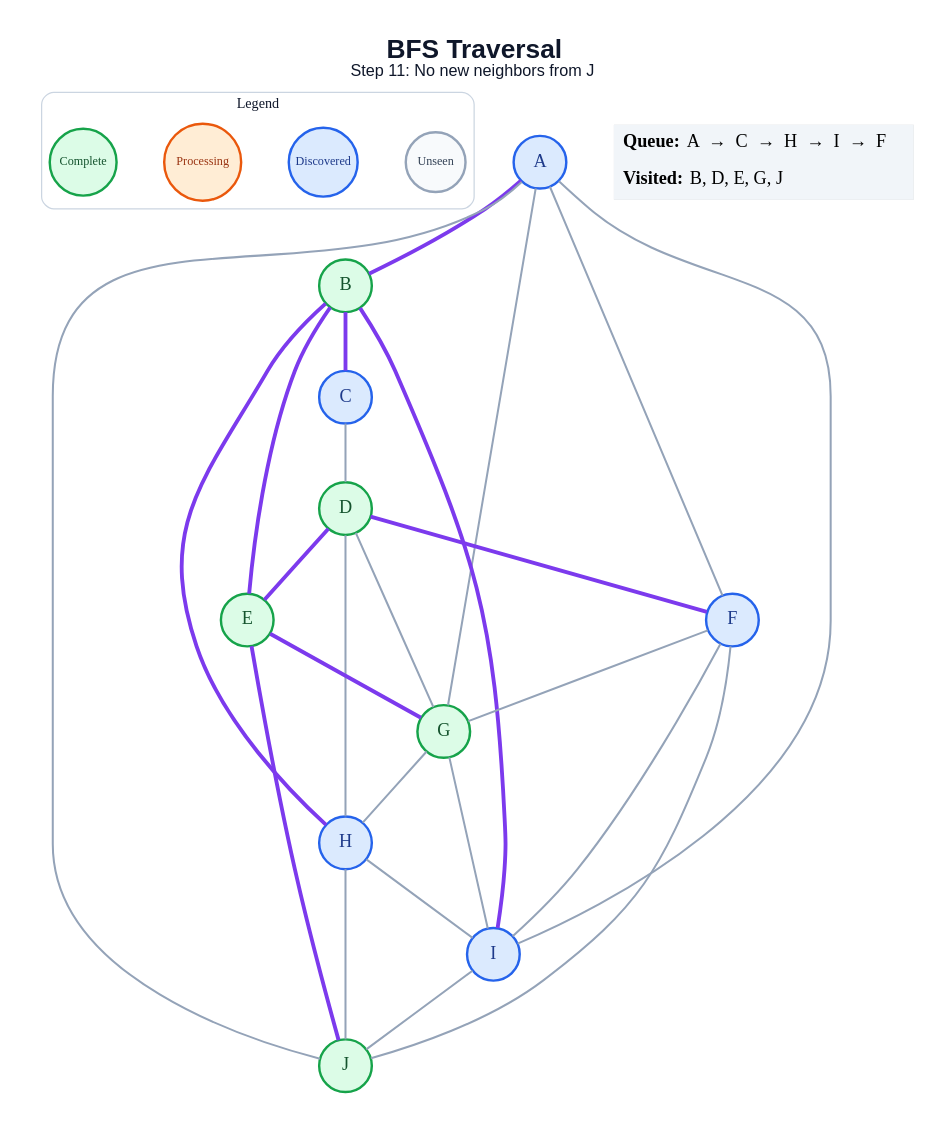
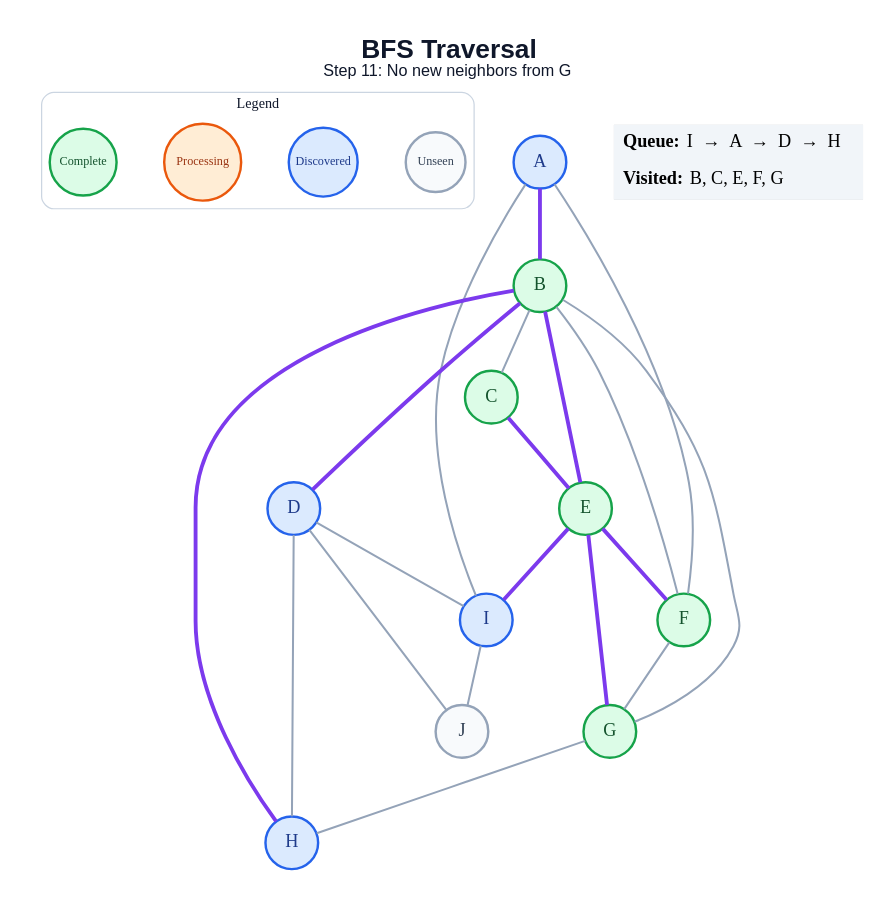
One commit to amanghodawala9/ai-slop changed the diagram in generated/specific-node/bfs/step_11.dot. Above: the diagram before and after it, drawn with Graphviz. The commit also changed 178 other files, not shown here.

```diff
--- a/generated/specific-node/bfs/step_11.dot
+++ b/generated/specific-node/bfs/step_11.dot
@@ -1,53 +1,48 @@
 graph traversal {
   graph [layout=dot, rankdir=TB, bgcolor="#FFFFFF", pad="0.35", nodesep="0.65", ranksep="0.8", fontname="Arial"];
   node [shape=circle, style="filled", fontname="Arial Bold", fontsize=18, width=0.72, fixedsize=true, penwidth=2.4];
   edge [color="#94A3B8", penwidth=2.0];
-  label=<<B>BFS Traversal</B><BR/><FONT POINT-SIZE="16">Step 11: No new neighbors from J</FONT>>; labelloc="t"; fontsize=26; fontname="Arial"; fontcolor="#0F172A";
+  label=<<B>BFS Traversal</B><BR/><FONT POINT-SIZE="16">Step 11: No new neighbors from G</FONT>>; labelloc="t"; fontsize=26; fontname="Arial"; fontcolor="#0F172A";
   subgraph cluster_legend { label="Legend"; color="#CBD5E1"; penwidth=1.2; style="rounded"; fontsize=14; fontname="Arial Bold";
     key_unseen [label="Unseen", fillcolor="#F8FAFC", color="#94A3B8", fontcolor="#334155", fontsize=12, width=0.82];
     key_frontier [label="Discovered", fillcolor="#DBEAFE", color="#2563EB", fontcolor="#1E3A8A", fontsize=12, width=0.95];
     key_current [label="Processing", fillcolor="#FFEDD5", color="#EA580C", fontcolor="#9A3412", fontsize=12, width=1.05];
     key_done [label="Complete", fillcolor="#DCFCE7", color="#16A34A", fontcolor="#14532D", fontsize=12, width=0.92];
     { rank=same; key_unseen; key_frontier; key_current; key_done; }
   }
   A [fillcolor="#DBEAFE", color="#2563EB", fontcolor="#1E3A8A"];
   B [fillcolor="#DCFCE7", color="#16A34A", fontcolor="#14532D"];
-  C [fillcolor="#DBEAFE", color="#2563EB", fontcolor="#1E3A8A"];
-  D [fillcolor="#DCFCE7", color="#16A34A", fontcolor="#14532D"];
+  C [fillcolor="#DCFCE7", color="#16A34A", fontcolor="#14532D"];
+  D [fillcolor="#DBEAFE", color="#2563EB", fontcolor="#1E3A8A"];
   E [fillcolor="#DCFCE7", color="#16A34A", fontcolor="#14532D"];
-  F [fillcolor="#DBEAFE", color="#2563EB", fontcolor="#1E3A8A"];
+  F [fillcolor="#DCFCE7", color="#16A34A", fontcolor="#14532D"];
   G [fillcolor="#DCFCE7", color="#16A34A", fontcolor="#14532D"];
   H [fillcolor="#DBEAFE", color="#2563EB", fontcolor="#1E3A8A"];
   I [fillcolor="#DBEAFE", color="#2563EB", fontcolor="#1E3A8A"];
-  J [fillcolor="#DCFCE7", color="#16A34A", fontcolor="#14532D"];
+  J [fillcolor="#F8FAFC", color="#94A3B8", fontcolor="#334155"];
   A -- B [color="#7C3AED", penwidth=3.8];
   A -- F;
-  A -- G;
   A -- I;
-  A -- J;
-  B -- C [color="#7C3AED", penwidth=3.8];
+  B -- C;
+  B -- D [color="#7C3AED", penwidth=3.8];
   B -- E [color="#7C3AED", penwidth=3.8];
+  B -- F;
+  B -- G;
   B -- H [color="#7C3AED", penwidth=3.8];
-  B -- I [color="#7C3AED", penwidth=3.8];
-  C -- D;
-  D -- E [color="#7C3AED", penwidth=3.8];
-  D -- F [color="#7C3AED", penwidth=3.8];
-  D -- G;
+  C -- E [color="#7C3AED", penwidth=3.8];
   D -- H;
+  D -- I;
+  D -- J;
+  E -- F [color="#7C3AED", penwidth=3.8];
   E -- G [color="#7C3AED", penwidth=3.8];
-  E -- J [color="#7C3AED", penwidth=3.8];
+  E -- I [color="#7C3AED", penwidth=3.8];
   F -- G;
-  F -- I;
-  F -- J;
   G -- H;
-  G -- I;
-  H -- I;
-  H -- J;
   I -- J;
   status [shape=plain, fixedsize=false, width=0, height=0, margin=0, label=<
     <TABLE BORDER="0" CELLBORDER="0" CELLPADDING="7" BGCOLOR="#F1F5F9">
-      <TR><TD ALIGN="LEFT"><B>Queue:</B> A  →  C  →  H  →  I  →  F</TD></TR>
-      <TR><TD ALIGN="LEFT"><B>Visited:</B> B, D, E, G, J</TD></TR>
+      <TR><TD ALIGN="LEFT"><B>Queue:</B> I  →  A  →  D  →  H</TD></TR>
+      <TR><TD ALIGN="LEFT"><B>Visited:</B> B, C, E, F, G</TD></TR>
     </TABLE>
   >];
 }
```
